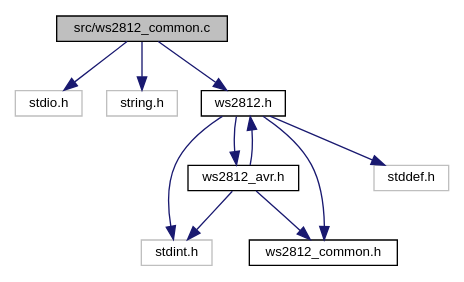
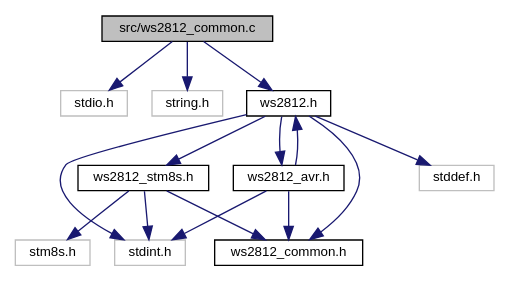
One commit to CTXz/TinyWS2812 changed the diagram in docs/ws2812__common_8c__incl.dot. Above: the diagram before and after it, drawn with Graphviz. The commit also changed 169 other files, not shown here.

```diff
--- a/docs/ws2812__common_8c__incl.dot
+++ b/docs/ws2812__common_8c__incl.dot
@@ -1,24 +1,30 @@
 digraph "src/ws2812_common.c"
 {
  // LATEX_PDF_SIZE
   edge [fontname="Helvetica",fontsize="10",labelfontname="Helvetica",labelfontsize="10"];
   node [fontname="Helvetica",fontsize="10",shape=record];
   Node1 [label="src/ws2812_common.c",height=0.2,width=0.4,color="black", fillcolor="grey75", style="filled", fontcolor="black",tooltip="Common code shared accross all supported platforms."];
   Node1 -> Node2 [color="midnightblue",fontsize="10",style="solid",fontname="Helvetica"];
   Node2 [label="stdio.h",height=0.2,width=0.4,color="grey75", fillcolor="white", style="filled",tooltip=" "];
   Node1 -> Node3 [color="midnightblue",fontsize="10",style="solid",fontname="Helvetica"];
   Node3 [label="string.h",height=0.2,width=0.4,color="grey75", fillcolor="white", style="filled",tooltip=" "];
   Node1 -> Node4 [color="midnightblue",fontsize="10",style="solid",fontname="Helvetica"];
   Node4 [label="ws2812.h",height=0.2,width=0.4,color="black", fillcolor="white", style="filled",URL="$ws2812_8h.html",tooltip="Exposes the Tiny-WS2812 library interface."];
   Node4 -> Node5 [color="midnightblue",fontsize="10",style="solid",fontname="Helvetica"];
   Node5 [label="ws2812_avr.h",height=0.2,width=0.4,color="black", fillcolor="white", style="filled",URL="$ws2812__avr_8h.html",tooltip="Provides AVR platform specific definitions."];
   Node5 -> Node6 [color="midnightblue",fontsize="10",style="solid",fontname="Helvetica"];
   Node6 [label="stdint.h",height=0.2,width=0.4,color="grey75", fillcolor="white", style="filled",tooltip=" "];
   Node5 -> Node7 [color="midnightblue",fontsize="10",style="solid",fontname="Helvetica"];
   Node7 [label="ws2812_common.h",height=0.2,width=0.4,color="black", fillcolor="white", style="filled",URL="$ws2812__common_8h.html",tooltip="Definitions required by all platform specific headers."];
   Node5 -> Node4 [color="midnightblue",fontsize="10",style="solid",fontname="Helvetica"];
   Node4 -> Node8 [color="midnightblue",fontsize="10",style="solid",fontname="Helvetica"];
-  Node8 [label="stddef.h",height=0.2,width=0.4,color="grey75", fillcolor="white", style="filled",tooltip=" "];
+  Node8 [label="ws2812_stm8s.h",height=0.2,width=0.4,color="black", fillcolor="white", style="filled",URL="$ws2812__stm8s_8h.html",tooltip="Provides STM8S platform specific definitions."];
+  Node8 -> Node9 [color="midnightblue",fontsize="10",style="solid",fontname="Helvetica"];
+  Node9 [label="stm8s.h",height=0.2,width=0.4,color="grey75", fillcolor="white", style="filled",tooltip=" "];
+  Node8 -> Node6 [color="midnightblue",fontsize="10",style="solid",fontname="Helvetica"];
+  Node8 -> Node7 [color="midnightblue",fontsize="10",style="solid",fontname="Helvetica"];
+  Node4 -> Node10 [color="midnightblue",fontsize="10",style="solid",fontname="Helvetica"];
+  Node10 [label="stddef.h",height=0.2,width=0.4,color="grey75", fillcolor="white", style="filled",tooltip=" "];
   Node4 -> Node6 [color="midnightblue",fontsize="10",style="solid",fontname="Helvetica"];
   Node4 -> Node7 [color="midnightblue",fontsize="10",style="solid",fontname="Helvetica"];
 }
```
